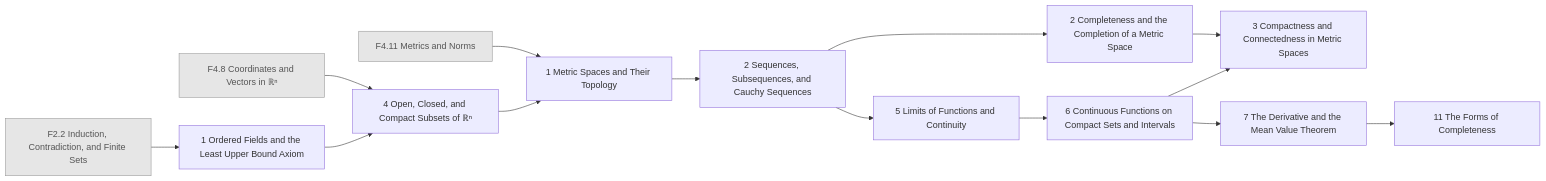
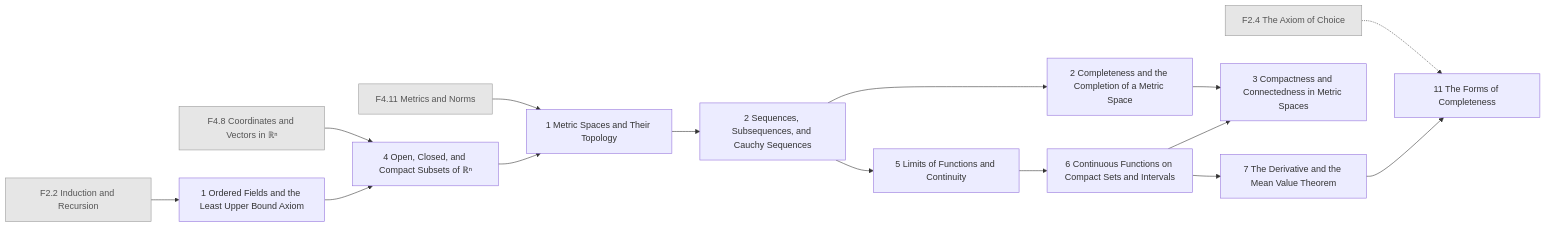
One commit to AkizumiFox/math-atlas changed the diagram in generated/chapters/AN1.mmd. Above: the diagram before and after it, drawn with Mermaid. The commit also changed 17 other files, not shown here.

```diff
--- a/generated/chapters/AN1.mmd
+++ b/generated/chapters/AN1.mmd
@@ -1,30 +1,32 @@
 flowchart LR
-  F2_2["F2.2 Induction, Contradiction, and Finite Sets"]:::ext
+  F2_2["F2.2 Induction and Recursion"]:::ext
+  F2_4["F2.4 The Axiom of Choice"]:::ext
   F4_8["F4.8 Coordinates and Vectors in ℝⁿ"]:::ext
   F4_11["F4.11 Metrics and Norms"]:::ext
   AN1_1["1 Ordered Fields and the Least Upper Bound Axiom"]
   AN1_4["4 Open, Closed, and Compact Subsets of ℝⁿ"]
   AN2_1["1 Metric Spaces and Their Topology"]
   AN1_2["2 Sequences, Subsequences, and Cauchy Sequences"]
   AN2_2["2 Completeness and the Completion of a Metric Space"]
   AN1_5["5 Limits of Functions and Continuity"]
   AN1_6["6 Continuous Functions on Compact Sets and Intervals"]
   AN2_3["3 Compactness and Connectedness in Metric Spaces"]
   AN1_7["7 The Derivative and the Mean Value Theorem"]
   AN1_11["11 The Forms of Completeness"]
   F2_2 --> AN1_1
   F4_8 --> AN1_4
   AN1_1 --> AN1_4
   F4_11 --> AN2_1
   AN1_4 --> AN2_1
   AN2_1 --> AN1_2
   AN1_2 --> AN2_2
   AN1_2 --> AN1_5
   AN1_5 --> AN1_6
   AN2_2 --> AN2_3
   AN1_6 --> AN2_3
   AN1_6 --> AN1_7
+  F2_4 -.-> AN1_11
   AN1_7 --> AN1_11
   classDef ext fill:#e6e6e6,stroke:#999,color:#555
   classDef opt fill:#fff,stroke:#999,stroke-dasharray:4 3,color:#555
   classDef segb fill:#f6f6fb,stroke:#99a,color:#333
```
